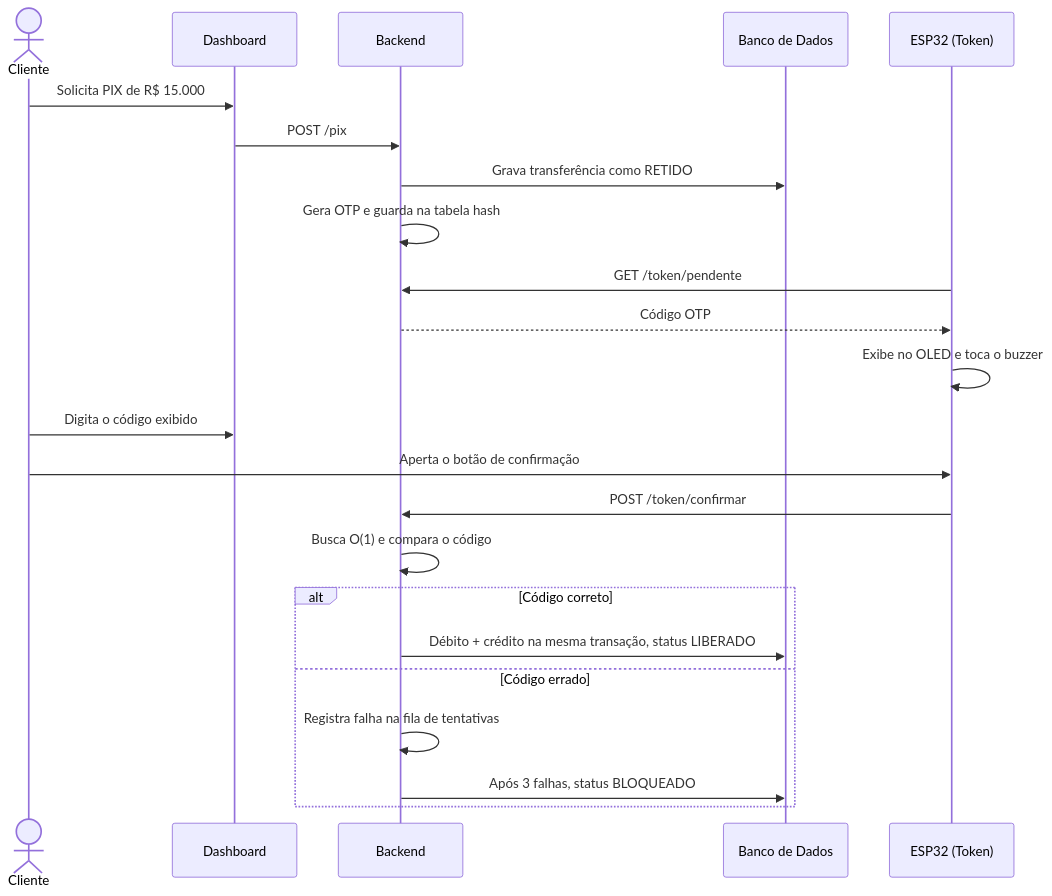
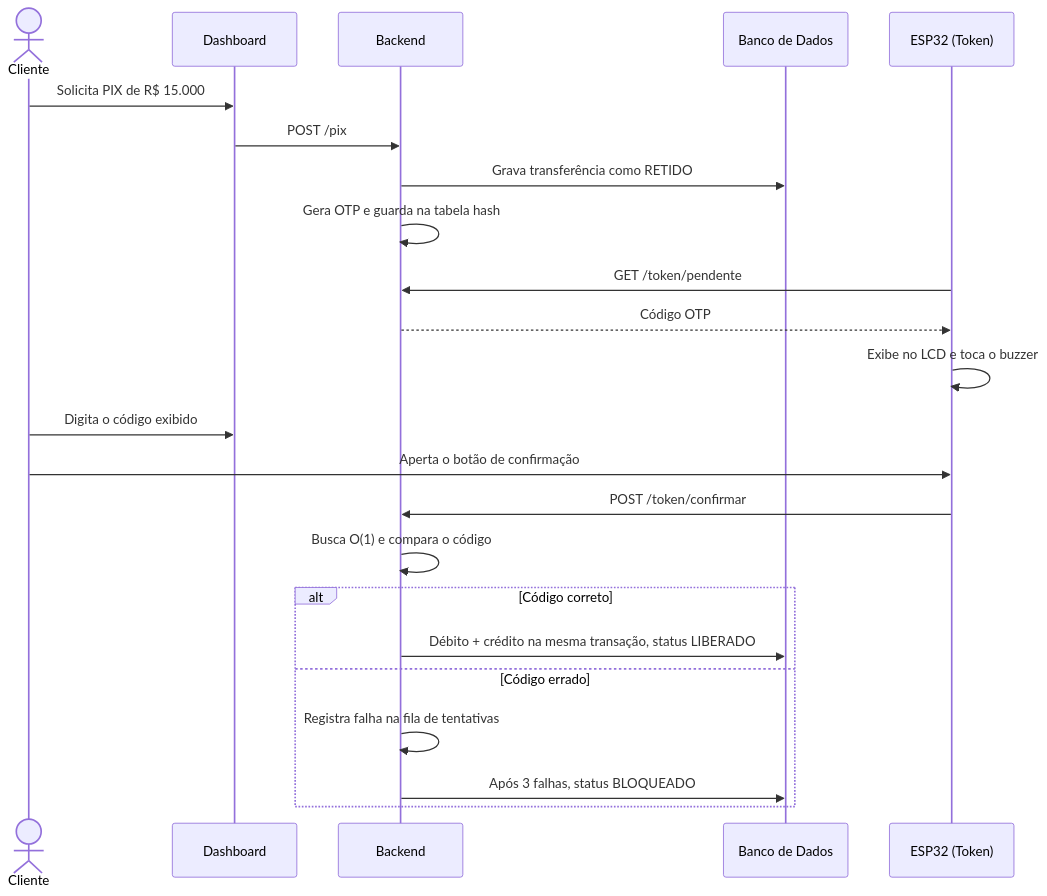
Before and after one commit to joaosouza-jota/bytebank-iot-hardware-key: the second of 2 diagrams in README.md, drawn with Mermaid. The commit also changed other lines of this file and 1 other file, not shown here.

Commit message:
Documenta a montagem real: LCD em 5 V, buzzer ativo e pinos confirmados

````diff
--- a/README.md
+++ b/README.md
@@ -60,26 +60,26 @@
 ```mermaid
 sequenceDiagram
     actor Cliente
     participant Dashboard
     participant API as Backend
     participant BD as Banco de Dados
     participant Token as ESP32 (Token)
 
     Cliente->>Dashboard: Solicita PIX de R$ 15.000
     Dashboard->>API: POST /pix
     API->>BD: Grava transferência como RETIDO
     API->>API: Gera OTP e guarda na tabela hash
     Token->>API: GET /token/pendente
     API-->>Token: Código OTP
-    Token->>Token: Exibe no OLED e toca o buzzer
+    Token->>Token: Exibe no LCD e toca o buzzer
     Cliente->>Dashboard: Digita o código exibido
     Cliente->>Token: Aperta o botão de confirmação
     Token->>API: POST /token/confirmar
     API->>API: Busca O(1) e compara o código
     alt Código correto
         API->>BD: Débito + crédito na mesma transação, status LIBERADO
     else Código errado
         API->>API: Registra falha na fila de tentativas
         API->>BD: Após 3 falhas, status BLOQUEADO
     end
 ```
````
